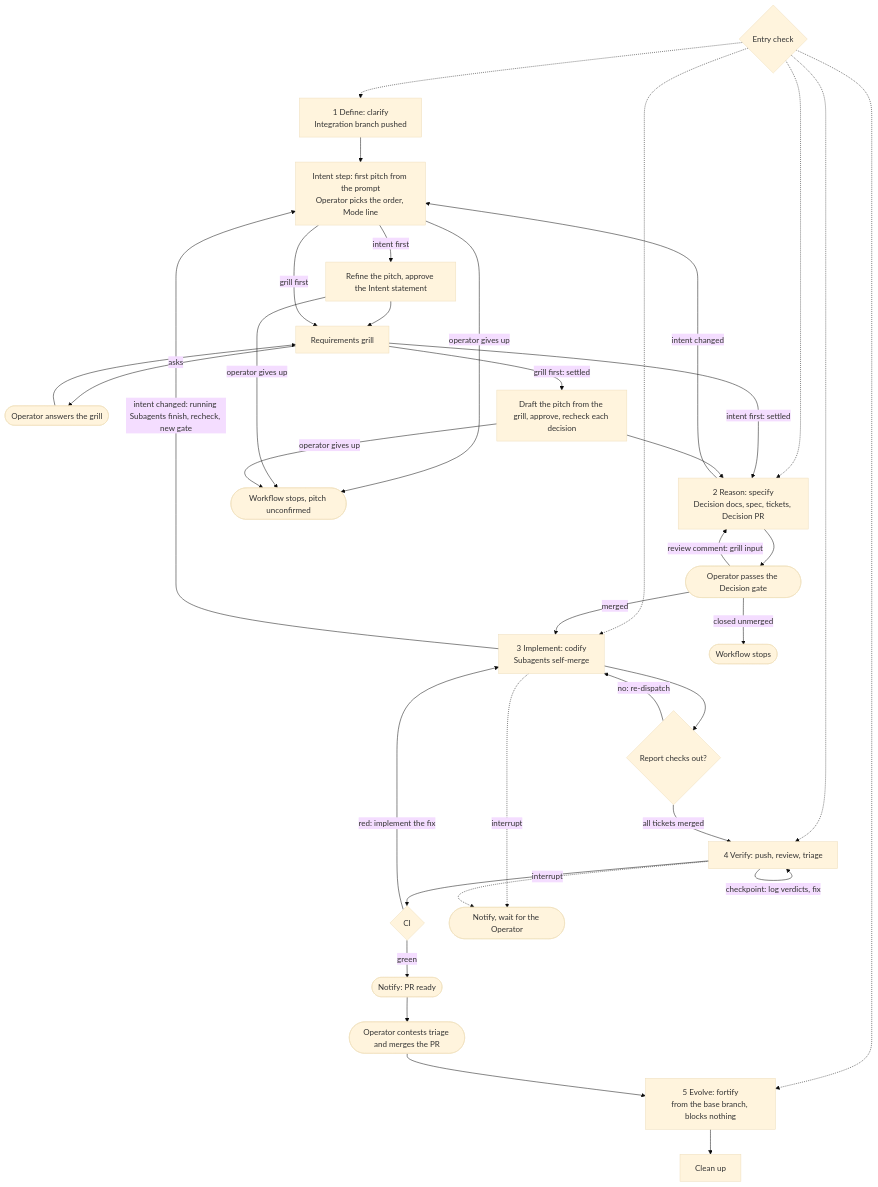
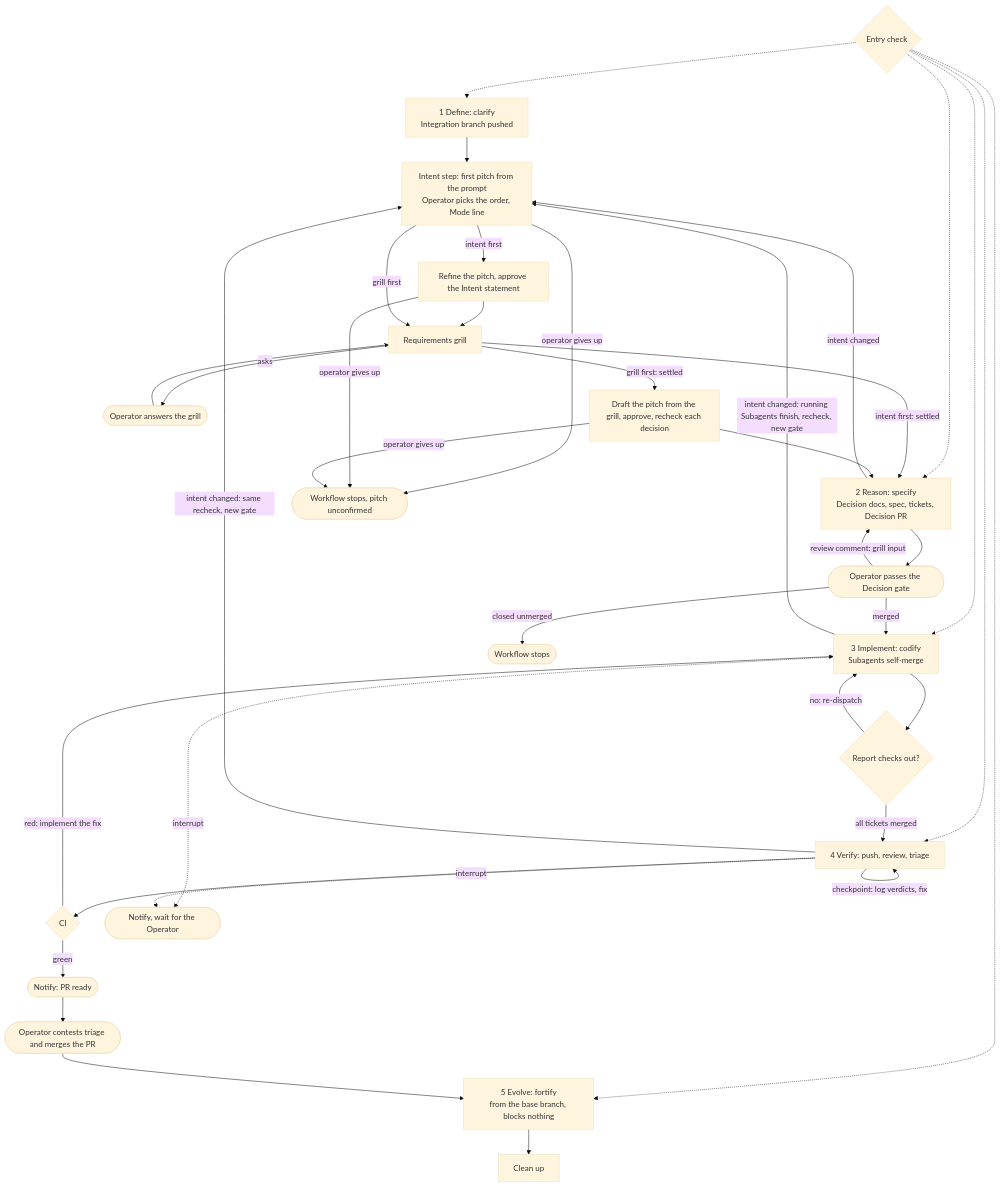
The diagram in skills/drive/references/workflow.md (hancrafted/skills), drawn with Mermaid (base theme) before and after one commit. The commit also changed 15 other files, not shown here.

````diff
--- a/skills/drive/references/workflow.md
+++ b/skills/drive/references/workflow.md
@@ -5,38 +5,39 @@
 ```mermaid
 flowchart TD
   E{Entry check} -.-> D
   E -.-> R
   E -.-> I
   E -.-> V
   E -.-> F
   D["1 Define: clarify<br/>Integration branch pushed"] --> P["Intent step: first pitch from the prompt<br/>Operator picks the order, Mode line"]
   P -->|intent first| IA["Refine the pitch, approve the Intent statement"]
   IA --> GR["Requirements grill"]
   GR -->|asks| S1([Operator answers the grill])
   S1 --> GR
   P -->|grill first| GR
   GR -->|grill first: settled| IB["Draft the pitch from the grill, approve, recheck each decision"]
   GR -->|intent first: settled| R
   IB --> R["2 Reason: specify<br/>Decision docs, spec, tickets, Decision PR"]
   P -->|operator gives up| X1([Workflow stops, pitch unconfirmed])
   IA -->|operator gives up| X1
   IB -->|operator gives up| X1
   R --> G([Operator passes the Decision gate])
   G -->|review comment: grill input| R
   G -->|merged| I["3 Implement: codify<br/>Subagents self-merge"]
   G -->|closed unmerged| X0([Workflow stops])
   I --> C{Report checks out?}
   C -->|no: re-dispatch| I
   C -->|all tickets merged| V["4 Verify: push, review, triage"]
   V -->|checkpoint: log verdicts, fix| V
   V --> CI{CI}
   CI -->|red: implement the fix| I
   CI -->|green| N([Notify: PR ready])
   N --> M([Operator contests triage and merges the PR])
   I -->|intent changed: running Subagents finish, recheck, new gate| P
   R -->|intent changed| P
+  V -->|intent changed: same recheck, new gate| P
   I -.->|interrupt| NI([Notify, wait for the Operator])
   V -.->|interrupt| NI
   M --> F["5 Evolve: fortify<br/>from the base branch, blocks nothing"]
   F --> X[Clean up]
 ```
````
